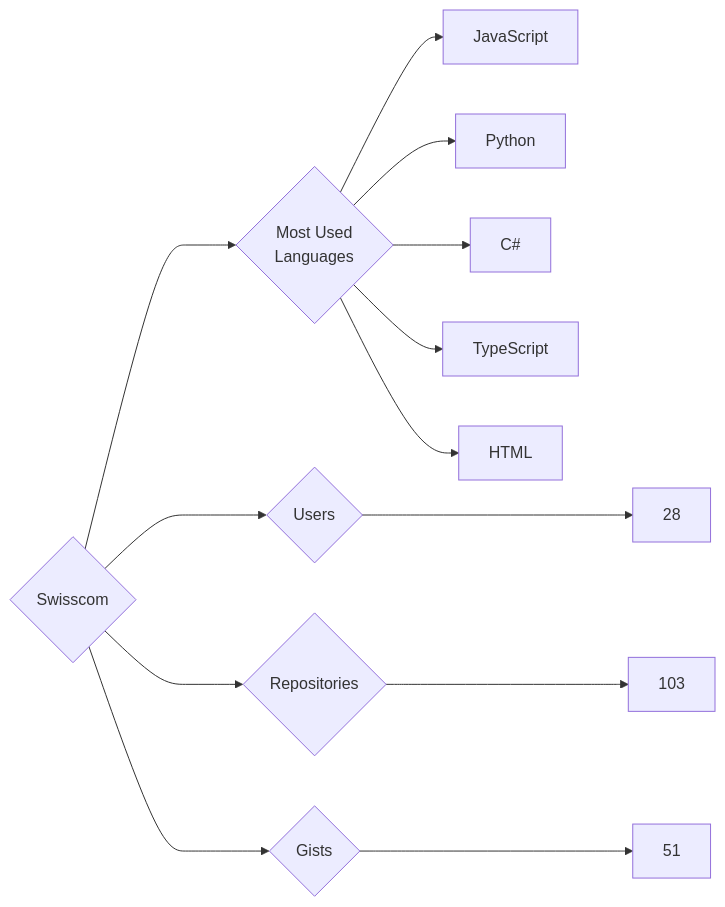
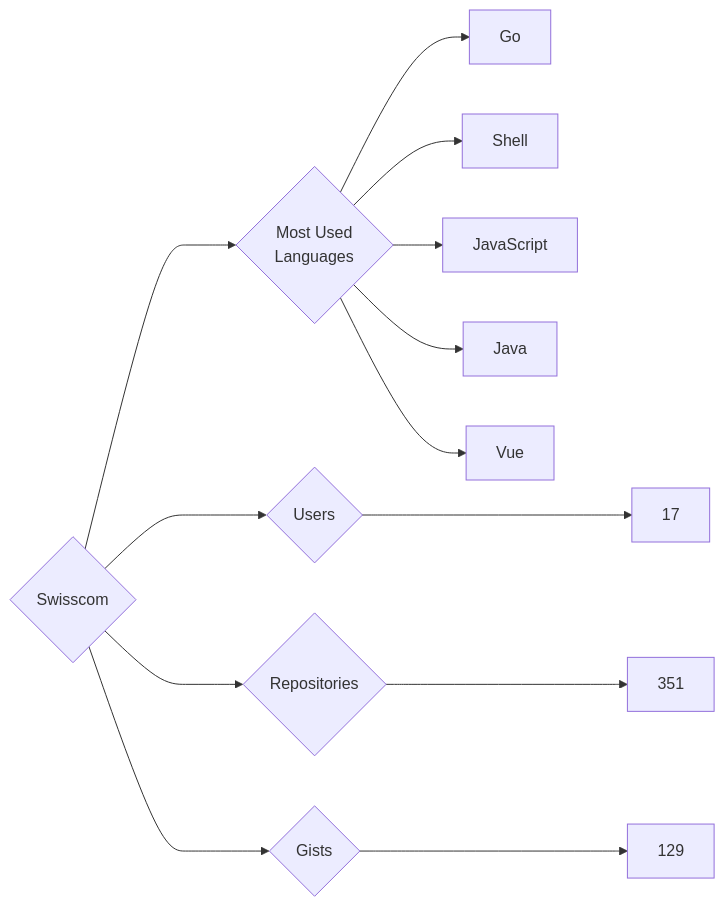
One commit to trickest/insiders changed the diagram in targets/Swisscom/README.md. Above: the diagram before and after it, drawn with Mermaid. The commit also changed 877 other files, not shown here.

````diff
--- a/targets/Swisscom/README.md
+++ b/targets/Swisscom/README.md
@@ -3,13 +3,13 @@
 ```mermaid
 graph LR
 COMPANY_NAME{Swisscom}
-COMPANY_NAME ---> U{Users} ---> UN[28]
-COMPANY_NAME ---> R{Repositories} ---> RN[103]
-COMPANY_NAME ---> G{Gists} ---> GN[51]
+COMPANY_NAME ---> U{Users} ---> UN[17]
+COMPANY_NAME ---> R{Repositories} ---> RN[351]
+COMPANY_NAME ---> G{Gists} ---> GN[129]
 COMPANY_NAME ---> ML{Most Used<br>Languages}
+ML --> Go[Go]
+ML --> Shell[Shell]
 ML --> JavaScript[JavaScript]
-ML --> Python[Python]
-ML --> C#[C#]
-ML --> TypeScript[TypeScript]
-ML --> HTML[HTML]
+ML --> Java[Java]
+ML --> Vue[Vue]
 ```
````
